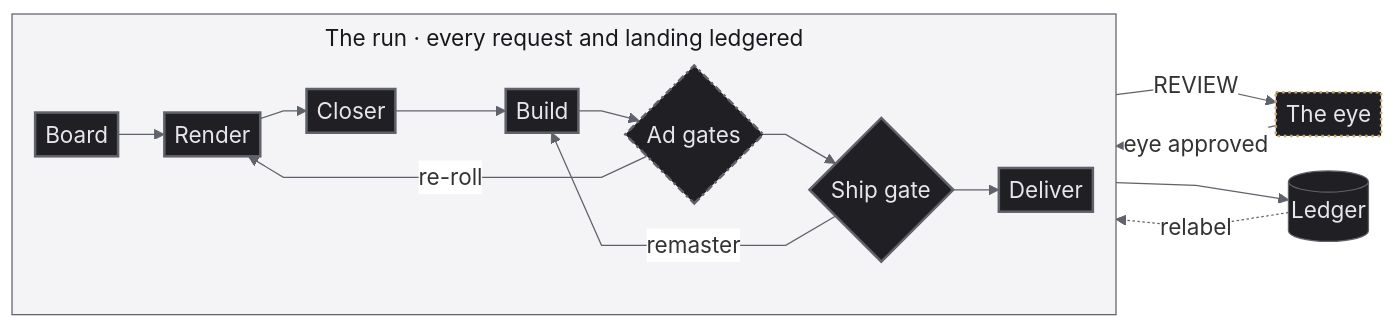
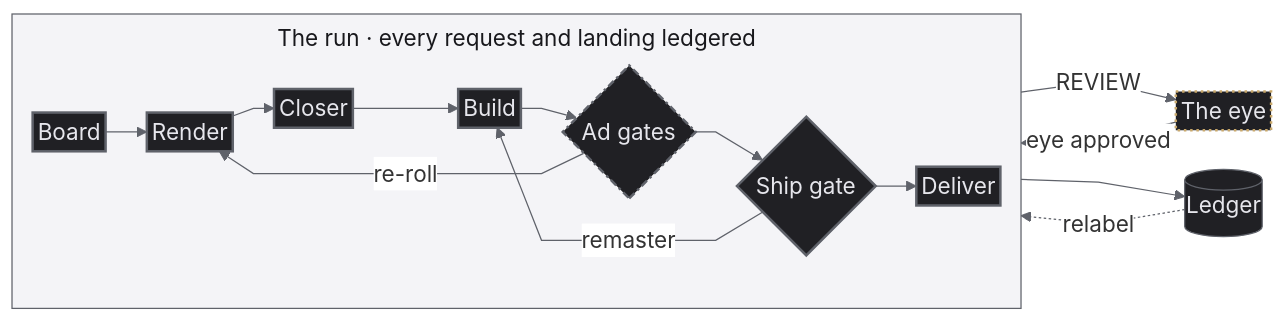
One commit to jameswniu/ad-creative-pipeline-multimodal-evals changed the diagram in README.md. Above: the diagram before and after it, drawn with Mermaid.

Commit message:
Tighten the loop graph so its labels stay above the 75 percent floor on GitHub's column

````diff
--- a/README.md
+++ b/README.md
@@ -320,32 +320,32 @@
 ```mermaid
-%%{init: {'flowchart': {'curve': 'linear', 'nodeSpacing': 20, 'rankSpacing': 12, 'padding': 4, 'subGraphTitleMargin': {'top': 6, 'bottom': 14}}, 'themeVariables': {'fontSize': '18px', 'lineColor': '#5f626a', 'edgeLabelBackground': '#ffffff', 'clusterBkg': '#f4f4f7', 'clusterBorder': '#5f626a', 'titleColor': '#18181c'}}}%%
+%%{init: {'flowchart': {'curve': 'linear', 'nodeSpacing': 20, 'rankSpacing': 8, 'padding': 2, 'subGraphTitleMargin': {'top': 6, 'bottom': 14}}, 'themeVariables': {'fontSize': '18px', 'lineColor': '#5f626a', 'edgeLabelBackground': '#ffffff', 'clusterBkg': '#f4f4f7', 'clusterBorder': '#5f626a', 'titleColor': '#18181c'}}}%%
 flowchart LR
     L[("Ledger")]
     L -.->|"relabel"| B
 
     subgraph RUN["The run · every request and landing ledgered"]
         direction LR
         B["Board"] --> R["Render"] --> C["Closer"] --> BU["Build"] --> AG{"Ad gates"} --> SG{"Ship gate"} --> D["Deliver"]
     end
 
     EYE["The eye"]
 
     AG -->|"re-roll"| R
     AG -->|"REVIEW"| EYE
     EYE -->|"eye approved"| AG
     SG -->|"remaster"| BU
     D --> L
 
     classDef run fill:#202024,stroke:#5f626a,color:#e6e6ec
     classDef process fill:#202024,stroke:#5f626a,stroke-width:2px,color:#e6e6ec
     classDef outcome fill:#202024,stroke:#5f626a,stroke-width:2px,stroke-dasharray:6 3,color:#e6e6ec
     classDef vibe fill:#202024,stroke:#c9a86a,stroke-width:2px,stroke-dasharray:2 3,color:#e6e6ec
     classDef shared fill:#202024,stroke:#5f626a,stroke-width:2px,stroke-dasharray:6 3 2 3,color:#e6e6ec
     class L run
     class B,R,C,BU,SG,D process
     class AG outcome
     class AG vibe
     class AG shared
     class EYE vibe
     style RUN fill:#f4f4f7,stroke:#5f626a,color:#18181c
 ```
````
